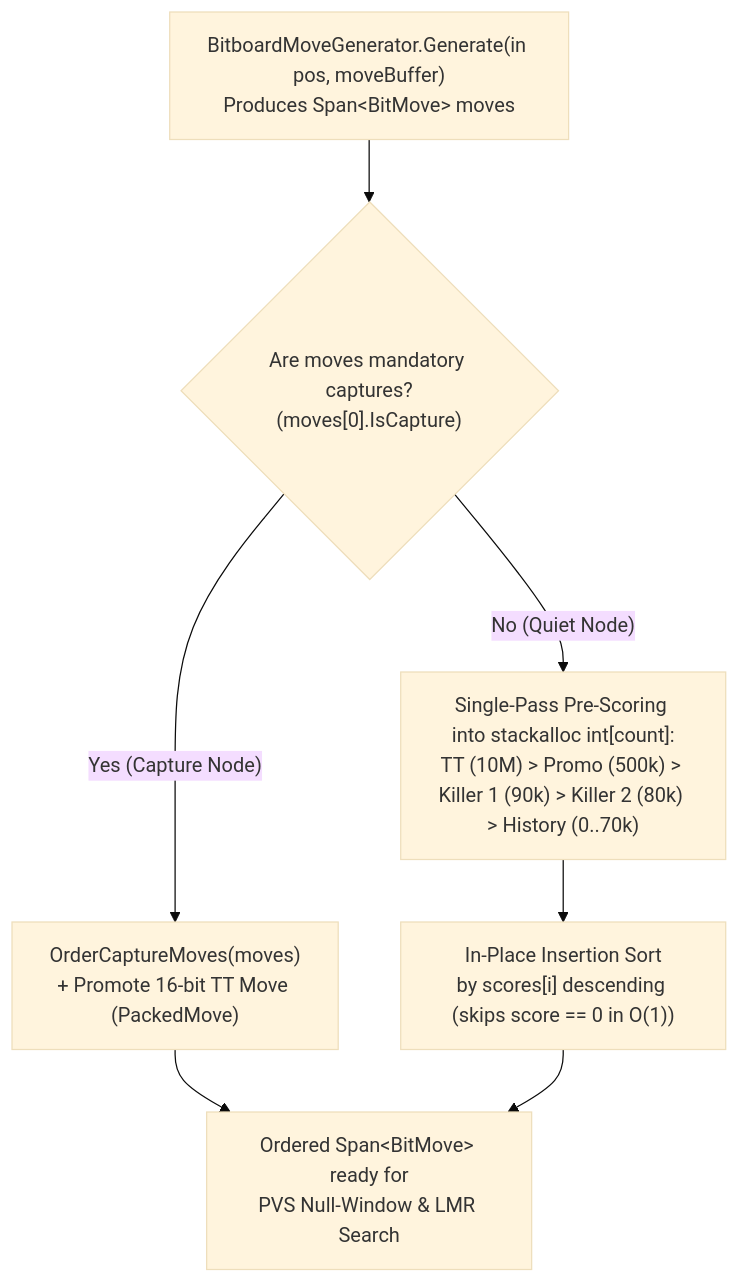
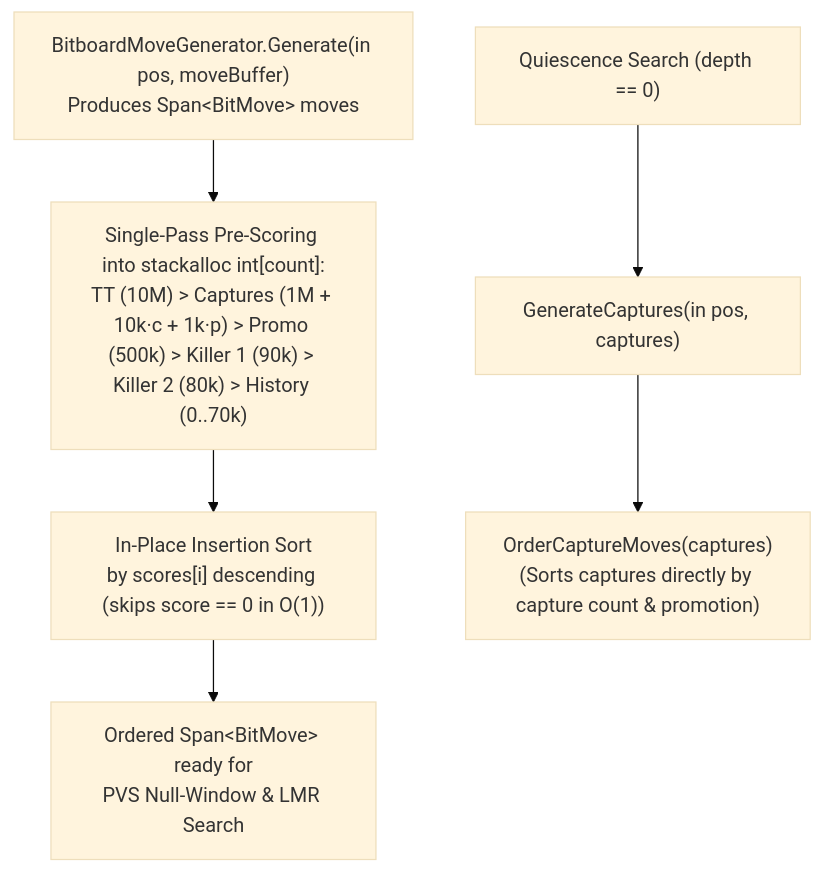
The diagram in docs/brain/06-move-ordering.md (cjp-dev/Checkers), drawn with Mermaid (base theme) before and after one commit. The commit also changed other lines of this file and 16 other files, not shown here.

````diff
--- a/docs/brain/06-move-ordering.md
+++ b/docs/brain/06-move-ordering.md
@@ -23,9 +23,8 @@
 ```mermaid
 flowchart TD
-    Gen["BitboardMoveGenerator.Generate(in pos, moveBuffer)<br/>Produces Span&lt;BitMove&gt; moves"] --> CapCheck{"Are moves mandatory captures?<br/>(moves[0].IsCapture)"}
-    CapCheck -- "Yes (Capture Node)" --> CapSort["OrderCaptureMoves(moves)<br/>+ Promote 16-bit TT Move (PackedMove)"]
-    CapCheck -- "No (Quiet Node)" --> ScorePass["Single-Pass Pre-Scoring into stackalloc int[count]:<br/>TT (10M) > Promo (500k) > Killer 1 (90k) > Killer 2 (80k) > History (0..70k)"]
+    Gen["BitboardMoveGenerator.Generate(in pos, moveBuffer)<br/>Produces Span&lt;BitMove&gt; moves"] --> ScorePass["Single-Pass Pre-Scoring into stackalloc int[count]:<br/>TT (10M) > Captures (1M + 10k·c + 1k·p) > Promo (500k) > Killer 1 (90k) > Killer 2 (80k) > History (0..70k)"]
     ScorePass --> Sort["In-Place Insertion Sort<br/>by scores[i] descending (skips score == 0 in O(1))"]
-    CapSort --> Ready["Ordered Span&lt;BitMove&gt; ready for<br/>PVS Null-Window &amp; LMR Search"]
-    Sort --> Ready
+    Sort --> Ready["Ordered Span&lt;BitMove&gt; ready for<br/>PVS Null-Window &amp; LMR Search"]
+    Quiesce["Quiescence Search (depth == 0)"] --> QGen["GenerateCaptures(in pos, captures)"]
+    QGen --> QSort["OrderCaptureMoves(captures)<br/>(Sorts captures directly by capture count &amp; promotion)"]
 ```
````
